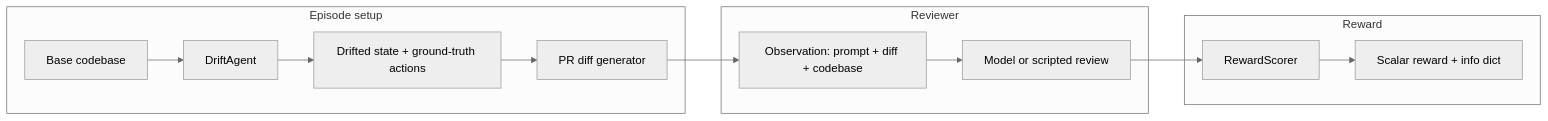
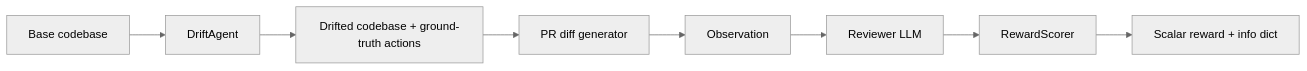
One commit to bansalbhunesh/codedrift-arena changed the first of 2 diagrams in README.md. Above: the diagram before and after it, drawn with Mermaid (neutral theme). The commit also changed other lines of this file, not shown here.

````diff
--- a/README.md
+++ b/README.md
@@ -90,18 +124,10 @@
 ```mermaid
 flowchart LR
-  subgraph setup [Episode setup]
-    B[Base codebase]
-    D[DriftAgent]
-    B --> D
-    D --> S[Drifted state + ground-truth actions]
-    S --> G[PR diff generator]
-  end
-  subgraph agent [Reviewer]
-    G --> O[Observation: prompt + diff + codebase]
-    O --> R[Model or scripted review]
-  end
-  subgraph reward [Reward]
-    R --> X[RewardScorer]
-    X --> RW[Scalar reward + info dict]
-  end
+  Base[Base codebase] --> Drift[DriftAgent]
+  Drift --> Drifted[Drifted codebase + ground-truth actions]
+  Drifted --> Diff[PR diff generator]
+  Diff --> Obs[Observation]
+  Obs --> Reviewer[Reviewer LLM]
+  Reviewer --> Score[RewardScorer]
+  Score --> Reward[Scalar reward + info dict]
 ```
````
